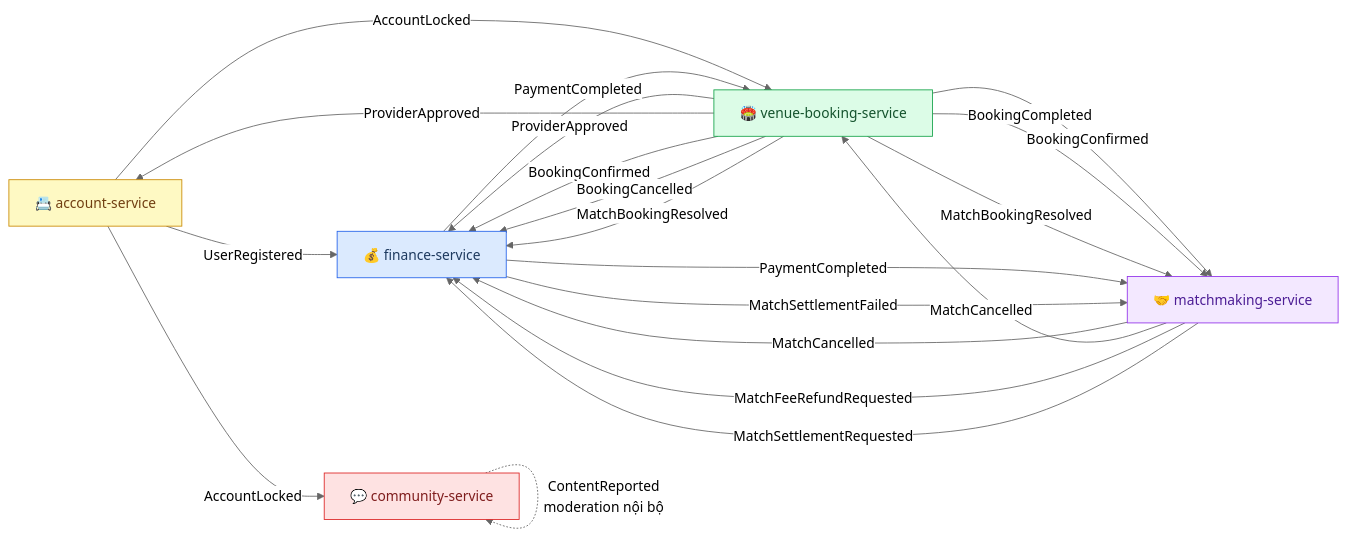
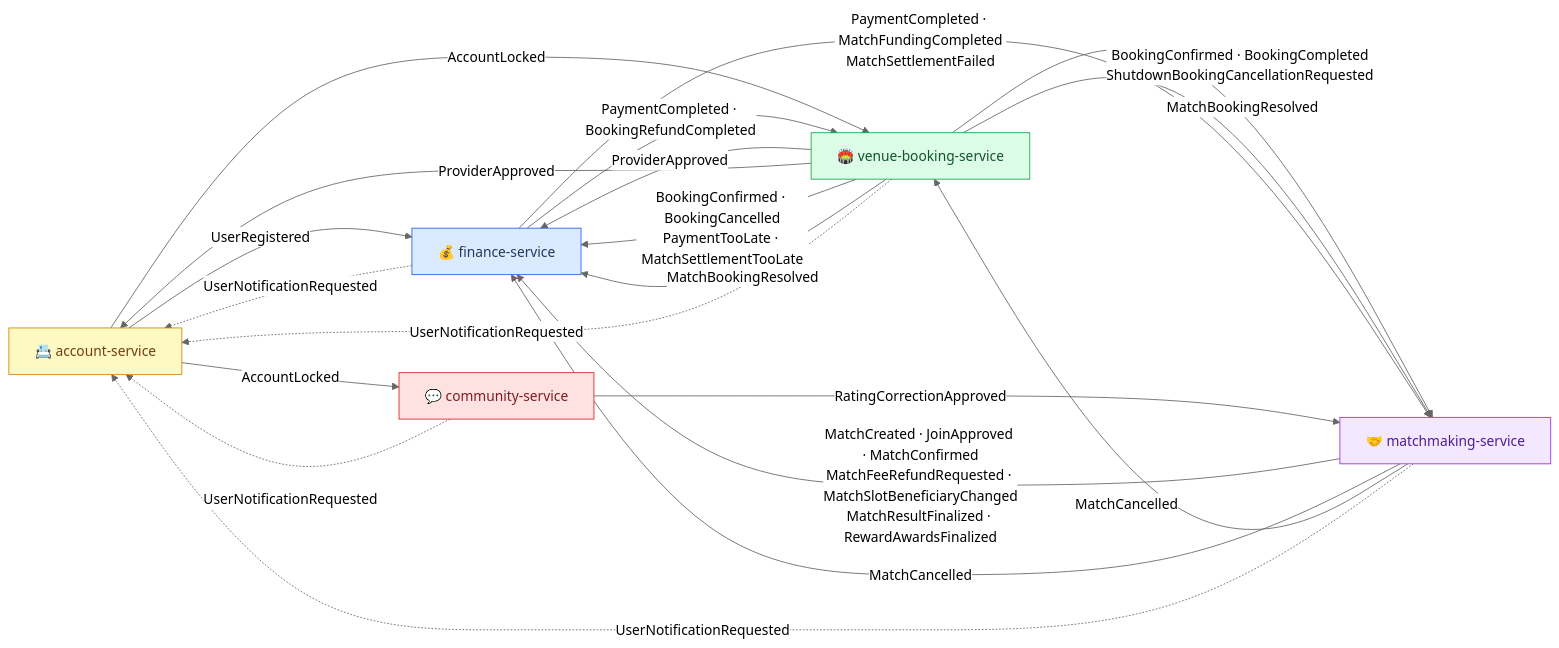
One commit to t-anh1007/Badminton-Platform changed the eighth of 10 diagrams in README.md. Above: the diagram before and after it, drawn with Mermaid (neutral theme). The commit also changed other lines of this file and 1 other file, not shown here.

````diff
--- a/README.md
+++ b/README.md
@@ -373,43 +514,41 @@
 ```mermaid
 graph LR
     ACC["📇 account-service"]
     VB["🏟️ venue-booking-service"]
     FIN["💰 finance-service"]
     MM["🤝 matchmaking-service"]
     COM["💬 community-service"]
 
     ACC -->|UserRegistered| FIN
     ACC -->|AccountLocked| VB
     ACC -->|AccountLocked| COM
 
     VB -->|ProviderApproved| FIN
     VB -->|ProviderApproved| ACC
-    VB -->|BookingConfirmed| FIN
-    VB -->|BookingConfirmed| MM
-    VB -->|BookingCancelled| FIN
-    VB -->|BookingCompleted| MM
+    VB -->|"BookingConfirmed · BookingCancelled<br/>PaymentTooLate · MatchSettlementTooLate"| FIN
+    VB -->|"BookingConfirmed · BookingCompleted<br/>ShutdownBookingCancellationRequested"| MM
     VB -->|MatchBookingResolved| FIN
     VB -->|MatchBookingResolved| MM
 
-    FIN -->|PaymentCompleted| VB
-    FIN -->|PaymentCompleted| MM
-    FIN -->|MatchSettlementFailed| MM
+    FIN -->|"PaymentCompleted · BookingRefundCompleted"| VB
+    FIN -->|"PaymentCompleted · MatchFundingCompleted<br/>MatchSettlementFailed"| MM
 
+    MM -->|"MatchCreated · JoinApproved · MatchConfirmed<br/>MatchFeeRefundRequested · MatchSlotBeneficiaryChanged<br/>MatchResultFinalized · RewardAwardsFinalized"| FIN
     MM -->|MatchCancelled| FIN
     MM -->|MatchCancelled| VB
-    MM -->|MatchFeeRefundRequested| FIN
-    MM -->|MatchSettlementRequested| FIN
 
-    COM -.->|ContentReported<br/>moderation nội bộ| COM
+    COM -->|RatingCorrectionApproved| MM
+
+    VB & FIN & MM & COM -.->|UserNotificationRequested| ACC
 
     classDef acc fill:#fef9c3,stroke:#ca8a04,color:#713f12;
     classDef vb fill:#dcfce7,stroke:#16a34a,color:#14532d;
     classDef fin fill:#dbeafe,stroke:#2563eb,color:#1e3a5f;
     classDef mm fill:#f3e8ff,stroke:#9333ea,color:#4c1d95;
     classDef com fill:#fee2e2,stroke:#dc2626,color:#7f1d1d;
     class ACC acc;
     class VB vb;
     class FIN fin;
     class MM mm;
     class COM com;
 ```
````
